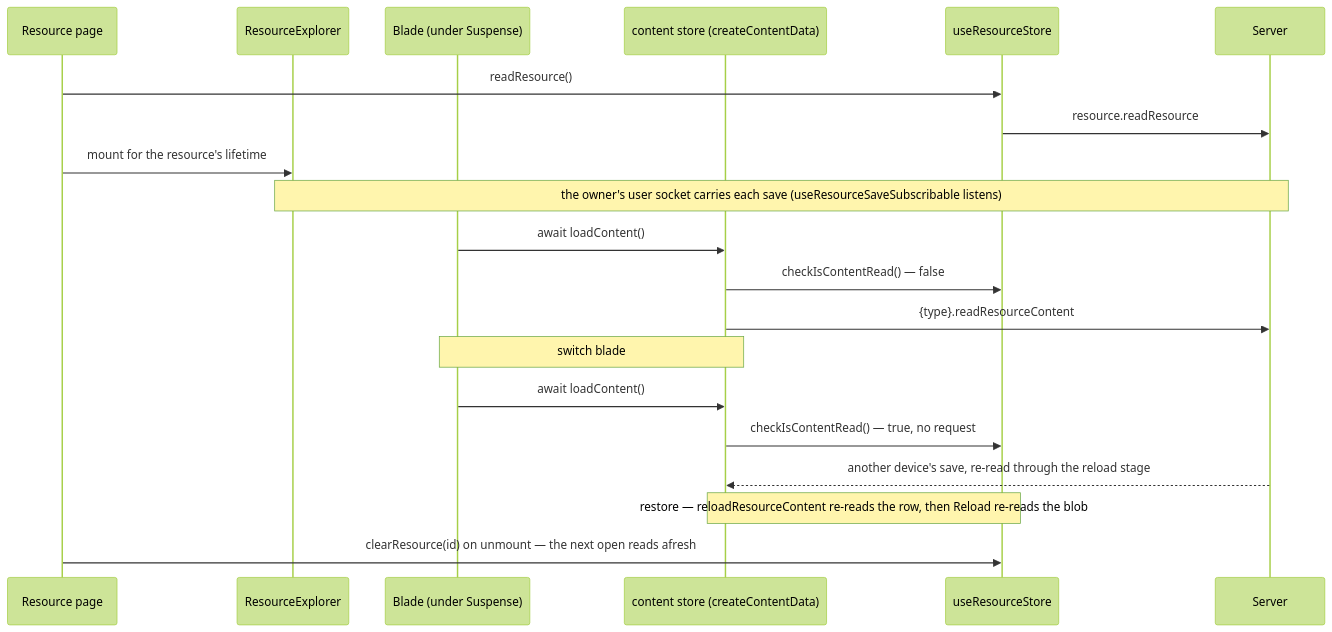
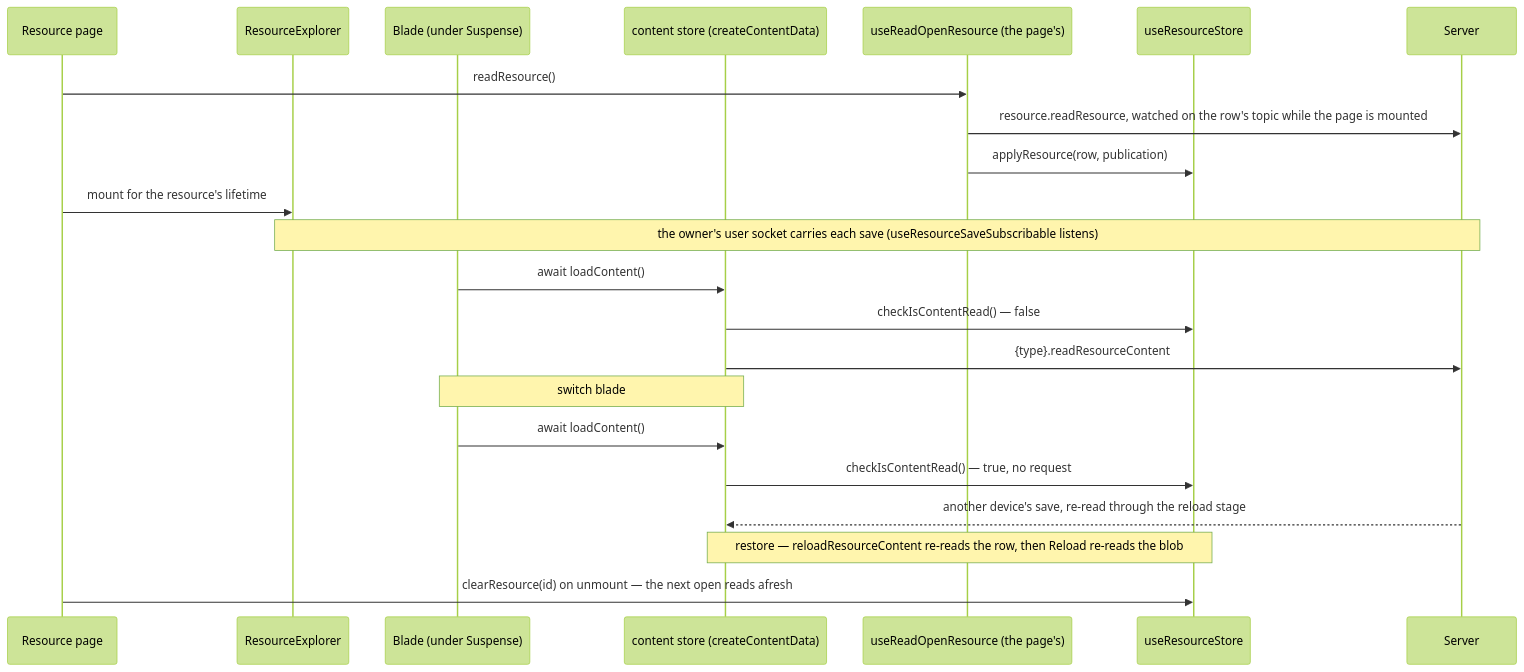
Before and after one commit to Esposter/Esposter: the third of 3 diagrams in openspec/specs/architecture/resource/design.md, drawn with Mermaid (forest theme). The commit also changed other lines of this file and 38 other files, not shown here.

First line of the commit message:
refactor(web): the open resource is read live by the page that opens it

````diff
--- a/openspec/specs/architecture/resource/design.md
+++ b/openspec/specs/architecture/resource/design.md
@@ -181,23 +181,25 @@
 ```mermaid
 sequenceDiagram
   participant Page as Resource page
   participant Shell as ResourceExplorer
   participant Blade as Blade (under Suspense)
   participant Content as content store (createContentData)
+  participant Read as useReadOpenResource (the page's)
   participant Resource as useResourceStore
   participant Server
 
-  Page->>Resource: readResource()
-  Resource->>Server: resource.readResource
+  Page->>Read: readResource()
+  Read->>Server: resource.readResource, watched on the row's topic while the page is mounted
+  Read->>Resource: applyResource(row, publication)
   Page->>Shell: mount for the resource's lifetime
   Note over Shell,Server: the owner's user socket carries each save (useResourceSaveSubscribable listens)
   Blade->>Content: await loadContent()
   Content->>Resource: checkIsContentRead() — false
   Content->>Server: {type}.readResourceContent
   Note over Blade,Content: switch blade
   Blade->>Content: await loadContent()
   Content->>Resource: checkIsContentRead() — true, no request
   Server-->>Content: another device's save, re-read through the reload stage
   Note over Resource,Content: restore — reloadResourceContent re-reads the row, then Reload re-reads the blob
   Page->>Resource: clearResource(id) on unmount — the next open reads afresh
 ```
````
